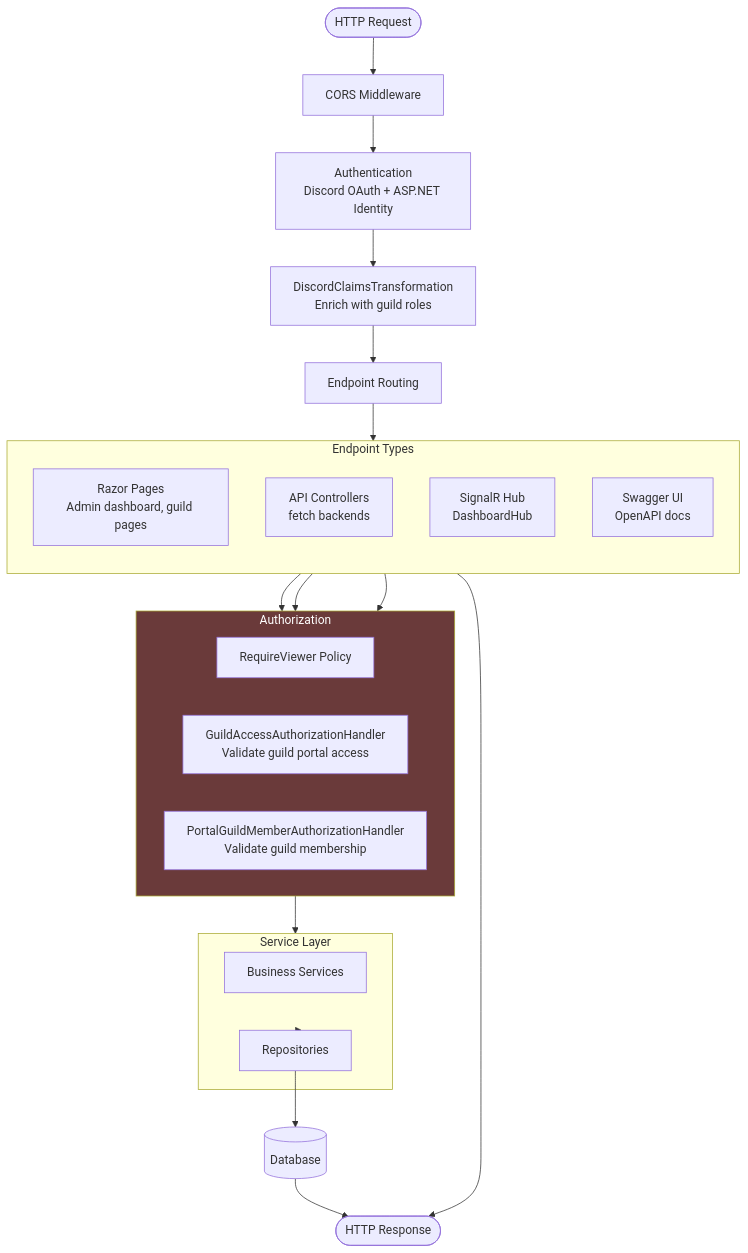
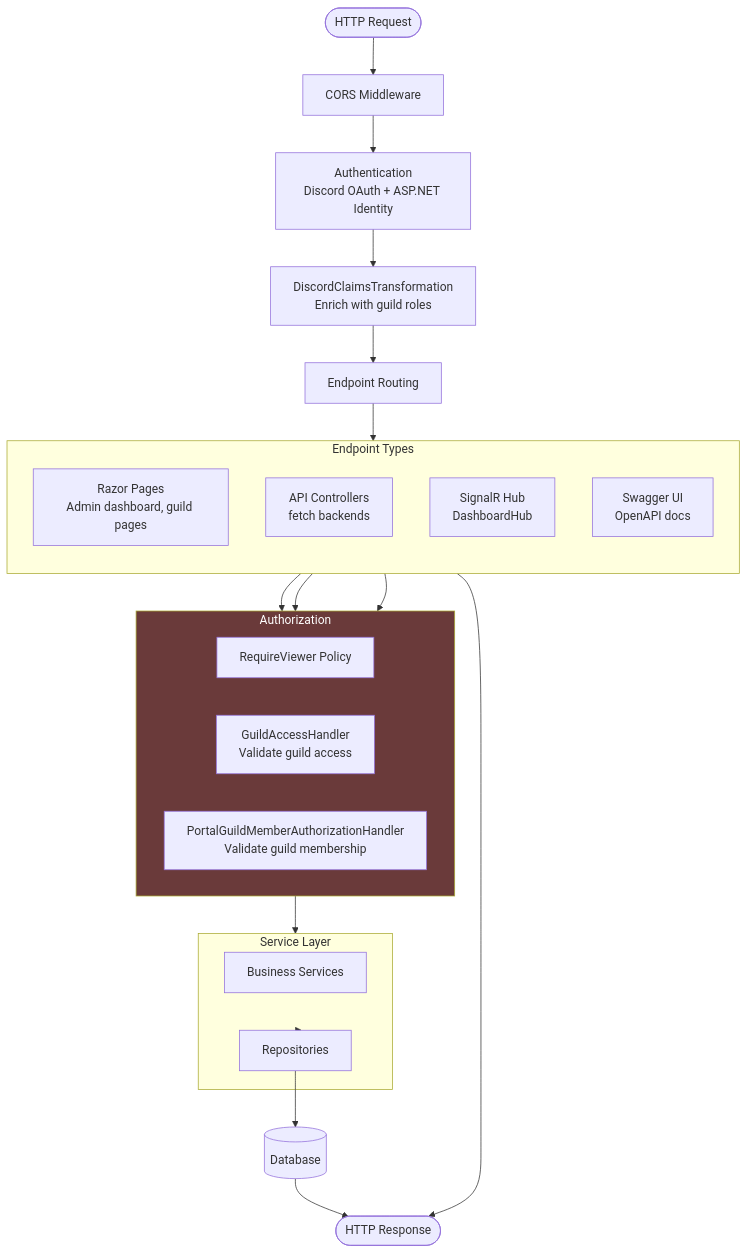
The eighth of 13 diagrams in docs/architecture-diagrams.md (cpike5/discordbot), drawn with Mermaid before and after one commit. The commit also changed other lines of this file and 7 other files, not shown here.

First line of the commit message:
Docs for wave 2 and 3: guild access handler, background-service faults, mentions rule, sampling key

````diff
--- a/docs/architecture-diagrams.md
+++ b/docs/architecture-diagrams.md
@@ -335,42 +335,42 @@
 ```mermaid
 flowchart TD
     req([HTTP Request])
     cors["CORS Middleware"]
     auth["Authentication\nDiscord OAuth + ASP.NET Identity"]
     claims["DiscordClaimsTransformation\nEnrich with guild roles"]
     routing["Endpoint Routing"]
 
     subgraph endpoints["Endpoint Types"]
         direction TB
         razor["Razor Pages\nAdmin dashboard, guild pages"]
         apiCtrl["API Controllers\nfetch backends"]
         signalr["SignalR Hub\nDashboardHub"]
         swagger["Swagger UI\nOpenAPI docs"]
     end
 
     subgraph authz["Authorization"]
         viewer["RequireViewer Policy"]
-        guildAccess["GuildAccessAuthorizationHandler\nValidate guild portal access"]
+        guildAccess["GuildAccessHandler\nValidate guild access"]
         memberAccess["PortalGuildMemberAuthorizationHandler\nValidate guild membership"]
     end
 
     subgraph services["Service Layer"]
         biz["Business Services"]
         repos["Repositories"]
     end
 
     db[(Database)]
     resp([HTTP Response])
 
     req --> cors --> auth --> claims --> routing
     routing --> endpoints
     razor --> authz
     apiCtrl --> authz
     signalr --> authz
     authz --> services
     services --> repos --> db
     db --> resp
     swagger --> resp
 
     style authz fill:#6a3a3a,color:#fff
 ```
````
